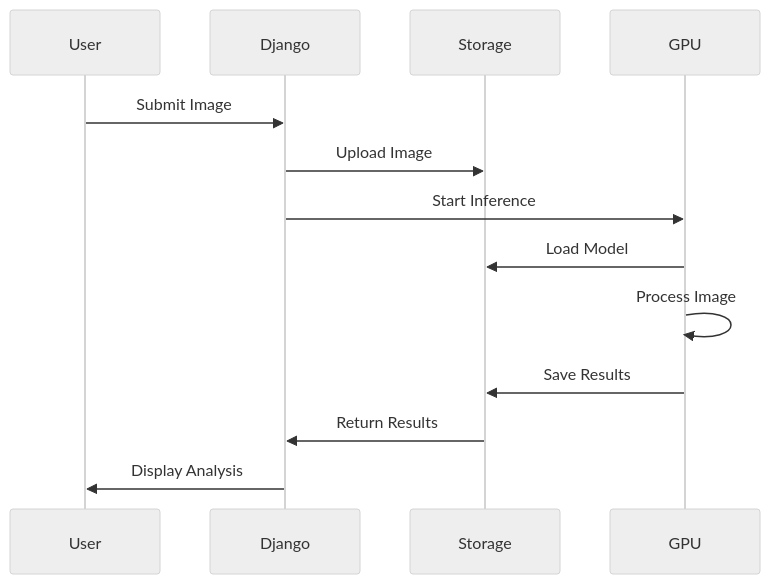
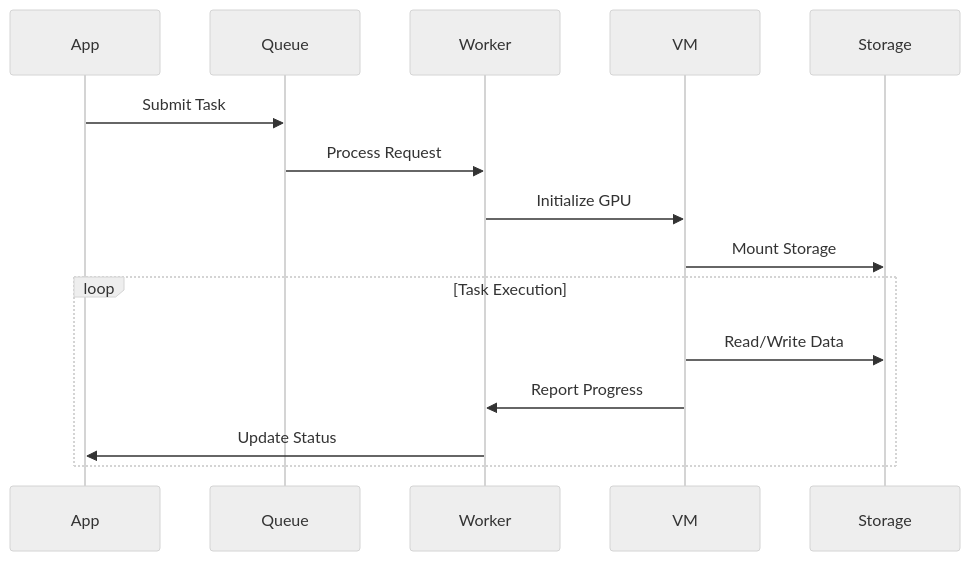
One commit to frontierbio-tech/frontierbio-tech.github.io changed the fourth of 4 diagrams in test2.md. Above: the diagram before and after it, drawn with Mermaid (neutral theme). The commit also changed other lines of this file, not shown here.

````diff
--- a/test2.md
+++ b/test2.md
@@ -193,18 +143,19 @@
 ```mermaid
 sequenceDiagram
-    participant User
-    participant Django
+    participant App
+    participant Queue
+    participant Worker
+    participant VM
     participant Storage
-    participant GPU
 
-    User->>Django: Submit Image
-    Django->>Storage: Upload Image
-    Django->>GPU: Start Inference
+    App->>Queue: Submit Task
+    Queue->>Worker: Process Request
+    Worker->>VM: Initialize GPU
+    VM->>Storage: Mount Storage
     
-    GPU->>Storage: Load Model
-    GPU->>GPU: Process Image
-    GPU->>Storage: Save Results
-    
-    Storage->>Django: Return Results
-    Django->>User: Display Analysis
+    loop Task Execution
+        VM->>Storage: Read/Write Data
+        VM->>Worker: Report Progress
+        Worker->>App: Update Status
+    end
 ```
````
